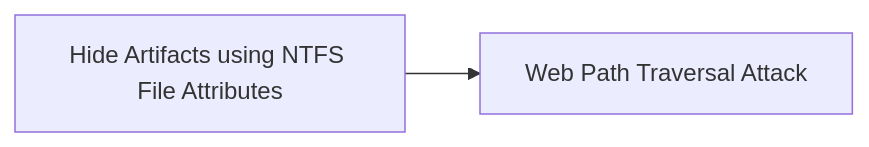
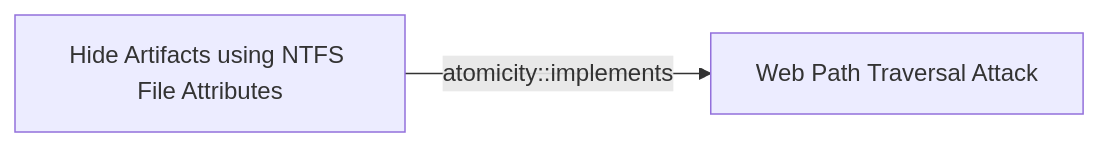
The diagram in docs/threats/hide-artifacts-using-ntfs-file-attributes.md (opentidehq/library), drawn with Mermaid before and after one commit. The commit also changed other lines of this file and 277 other files, not shown here.

````diff
--- a/docs/threats/hide-artifacts-using-ntfs-file-attributes.md
+++ b/docs/threats/hide-artifacts-using-ntfs-file-attributes.md
@@ -51,6 +93,6 @@
 ```mermaid
 flowchart LR
 d15bff6c_b902_4975_ad3a_7a18f3026aca["Hide Artifacts using NTFS File Attributes"]
 b330d3a8_1783_4210_9fec_11e6ecfe135e["Web Path Traversal Attack"]
-d15bff6c_b902_4975_ad3a_7a18f3026aca --> b330d3a8_1783_4210_9fec_11e6ecfe135e
+d15bff6c_b902_4975_ad3a_7a18f3026aca -->|atomicity::implements| b330d3a8_1783_4210_9fec_11e6ecfe135e
 ```
````
